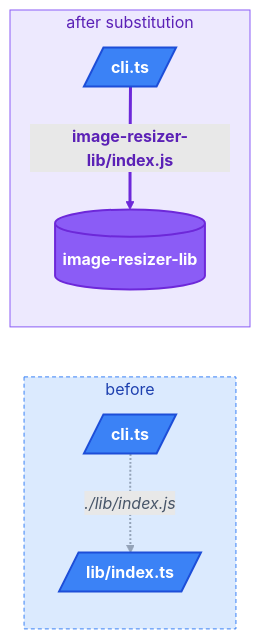
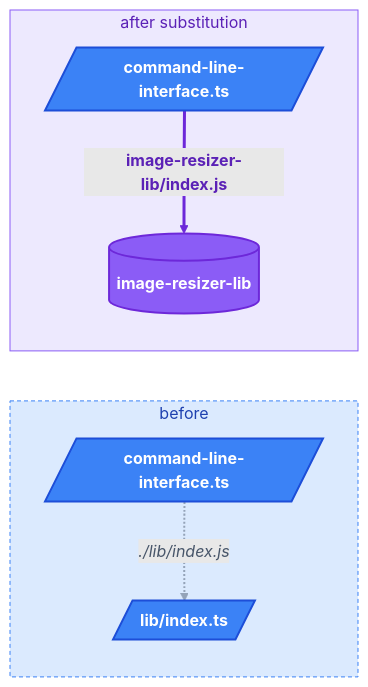
Before and after one commit to enormora/packtory: the third of 4 diagrams in documentation/how-it-works.md, drawn with Mermaid (forest theme). The commit also changed other lines of this file and 1236 other files, not shown here.

````diff
--- a/documentation/how-it-works.md
+++ b/documentation/how-it-works.md
@@ -192,21 +192,21 @@
 ```mermaid
 flowchart LR
     subgraph BEFORE ["before"]
-        A[/cli.ts/] -. "./lib/index.js" .-> B[/lib/index.ts/]
+        A[/command-line-interface.ts/] -. "./lib/index.js" .-> B[/lib/index.ts/]
     end
     subgraph AFTER ["after substitution"]
-        A2[/cli.ts/] == "image-resizer-lib/index.js" ==> S[(image-resizer-lib)]
+        A2[/command-line-interface.ts/] == "image-resizer-lib/index.js" ==> S[(image-resizer-lib)]
     end
 
     classDef file fill:#3b82f6,stroke:#1d4ed8,stroke-width:2px,color:#fff,font-weight:bold
-    classDef pkg fill:#8b5cf6,stroke:#6d28d9,stroke-width:2px,color:#fff,font-weight:bold
+    classDef package fill:#8b5cf6,stroke:#6d28d9,stroke-width:2px,color:#fff,font-weight:bold
 
     class A,B,A2 file
-    class S pkg
+    class S package
 
     linkStyle 0 stroke:#94a3b8,stroke-width:2px,color:#475569,font-style:italic
     linkStyle 1 stroke:#6d28d9,stroke-width:3px,color:#5b21b6,font-weight:bold
 
     style BEFORE fill:#dbeafe,stroke:#3b82f6,stroke-width:1px,stroke-dasharray:4 3,color:#1e40af
     style AFTER fill:#ede9fe,stroke:#8b5cf6,stroke-width:1px,color:#5b21b6
 ```
````
